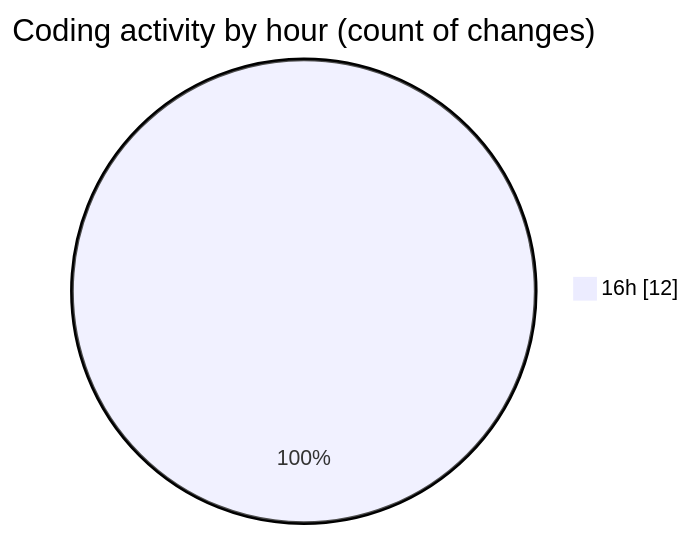
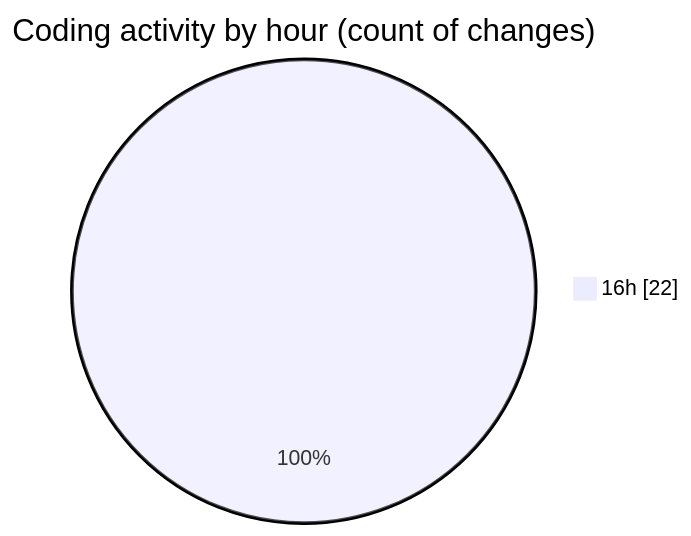
Before and after one commit to becaeroporto-bot/code-tracking: the second of 2 diagrams in 2026-02-17/bot_v1_2/README.md, drawn with Mermaid. The commit also changed other lines of this file and 1 other file, not shown here.

````diff
--- a/2026-02-17/bot_v1_2/README.md
+++ b/2026-02-17/bot_v1_2/README.md
@@ -28,5 +31,5 @@
 ```mermaid
 pie showData
 title Coding activity by hour (count of changes)
-"16h" : 12
+"16h" : 22
 ```
````
